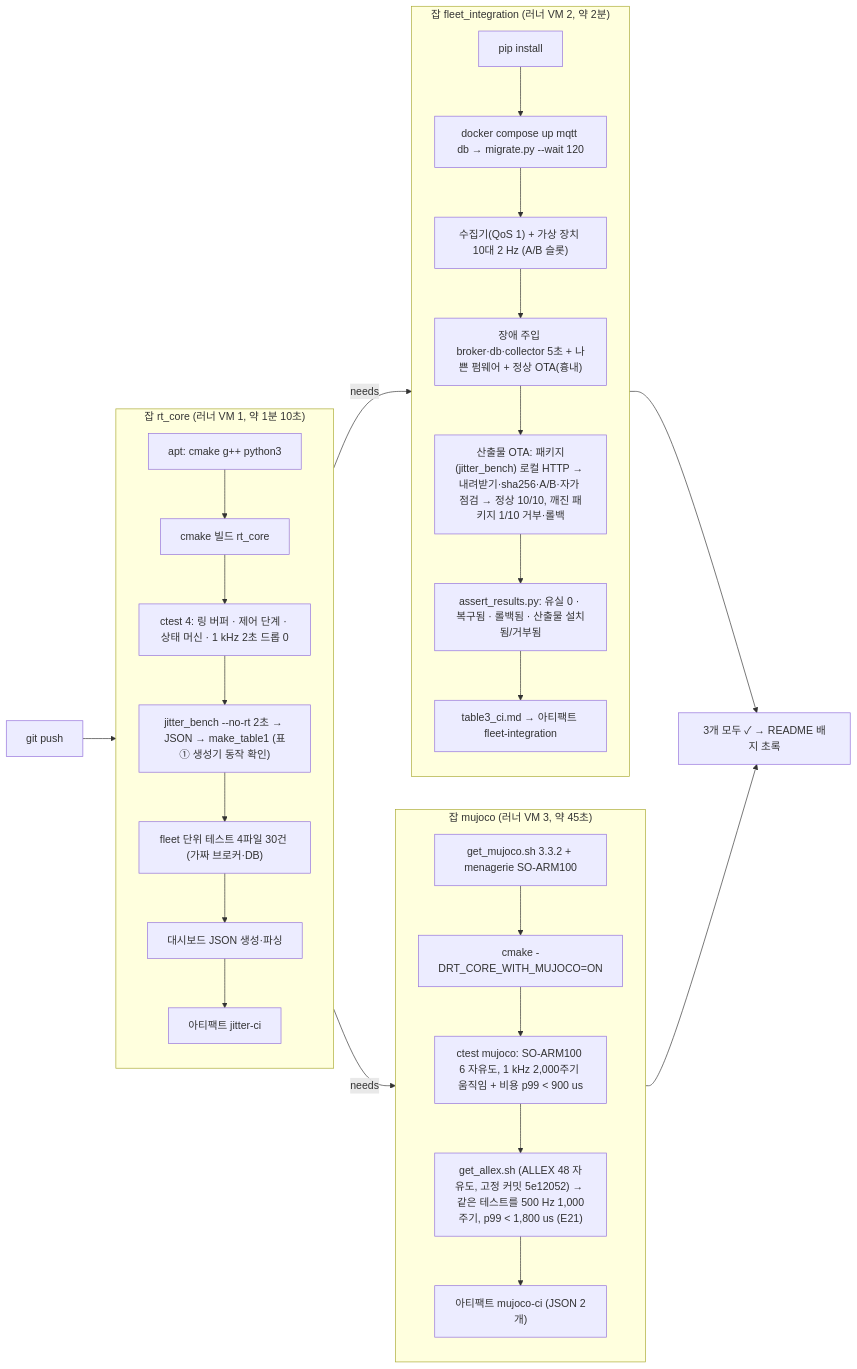
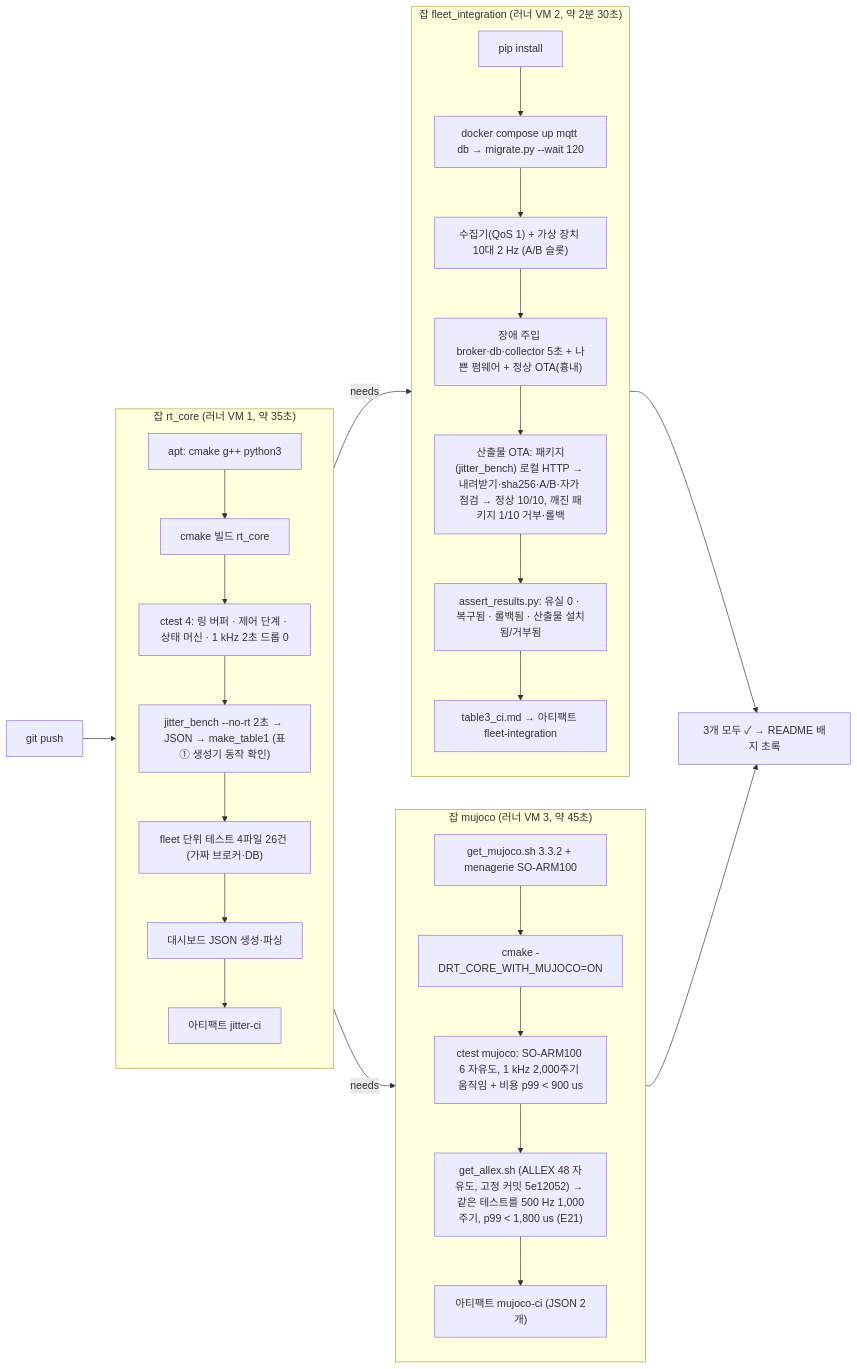
Before and after one commit to ohevance/rt-robot-data-infra: the second of 3 diagrams in docs/ENVIRONMENT.md, drawn with Mermaid. The commit also changed other lines of this file and 205 other files, not shown here.

````diff
--- a/docs/ENVIRONMENT.md
+++ b/docs/ENVIRONMENT.md
@@ -118,26 +139,26 @@
 ```mermaid
 flowchart LR
   P["git push"] --> R1
-  subgraph R1["잡 rt_core (러너 VM 1, 약 1분 10초)"]
+  subgraph R1["잡 rt_core (러너 VM 1, 약 35초)"]
     direction TB
     a1["apt: cmake g++ python3"] --> a2["cmake 빌드 rt_core"] --> a3["ctest 4: 링 버퍼 · 제어 단계 · 상태 머신 · 1 kHz 2초 드롭 0"]
     a3 --> a4["jitter_bench --no-rt 2초 → JSON → make_table1 (표① 생성기 동작 확인)"]
-    a4 --> a5["fleet 단위 테스트 4파일 30건 (가짜 브로커·DB)"] --> a6["대시보드 JSON 생성·파싱"] --> a7["아티팩트 jitter-ci"]
+    a4 --> a5["fleet 단위 테스트 4파일 26건 (가짜 브로커·DB)"] --> a6["대시보드 JSON 생성·파싱"] --> a7["아티팩트 jitter-ci"]
   end
   R1 -- needs --> R2
   R1 -- needs --> R3
-  subgraph R2["잡 fleet_integration (러너 VM 2, 약 2분)"]
+  subgraph R2["잡 fleet_integration (러너 VM 2, 약 2분 30초)"]
     direction TB
     b1["pip install"] --> b2["docker compose up mqtt db → migrate.py --wait 120"]
     b2 --> b3["수집기(QoS 1) + 가상 장치 10대 2 Hz (A/B 슬롯)"] --> b4["장애 주입 broker·db·collector 5초 + 나쁜 펌웨어 + 정상 OTA(흉내)"]
     b4 --> b4b["산출물 OTA: 패키지(jitter_bench) 로컬 HTTP → 내려받기·sha256·A/B·자가 점검 → 정상 10/10, 깨진 패키지 1/10 거부·롤백"]
     b4b --> b5["assert_results.py: 유실 0 · 복구됨 · 롤백됨 · 산출물 설치됨/거부됨"] --> b6["table3_ci.md → 아티팩트 fleet-integration"]
   end
   subgraph R3["잡 mujoco (러너 VM 3, 약 45초)"]
     direction TB
     c1["get_mujoco.sh 3.3.2 + menagerie SO-ARM100"] --> c2["cmake -DRT_CORE_WITH_MUJOCO=ON"] --> c3["ctest mujoco: SO-ARM100 6 자유도, 1 kHz 2,000주기 움직임 + 비용 p99 < 900 us"]
     c3 --> c3b["get_allex.sh (ALLEX 48 자유도, 고정 커밋 5e12052) → 같은 테스트를 500 Hz 1,000주기, p99 < 1,800 us (E21)"] --> c4["아티팩트 mujoco-ci (JSON 2개)"]
   end
   R2 --> OK["3개 모두 ✓ → README 배지 초록"]
   R3 --> OK
 ```
````
